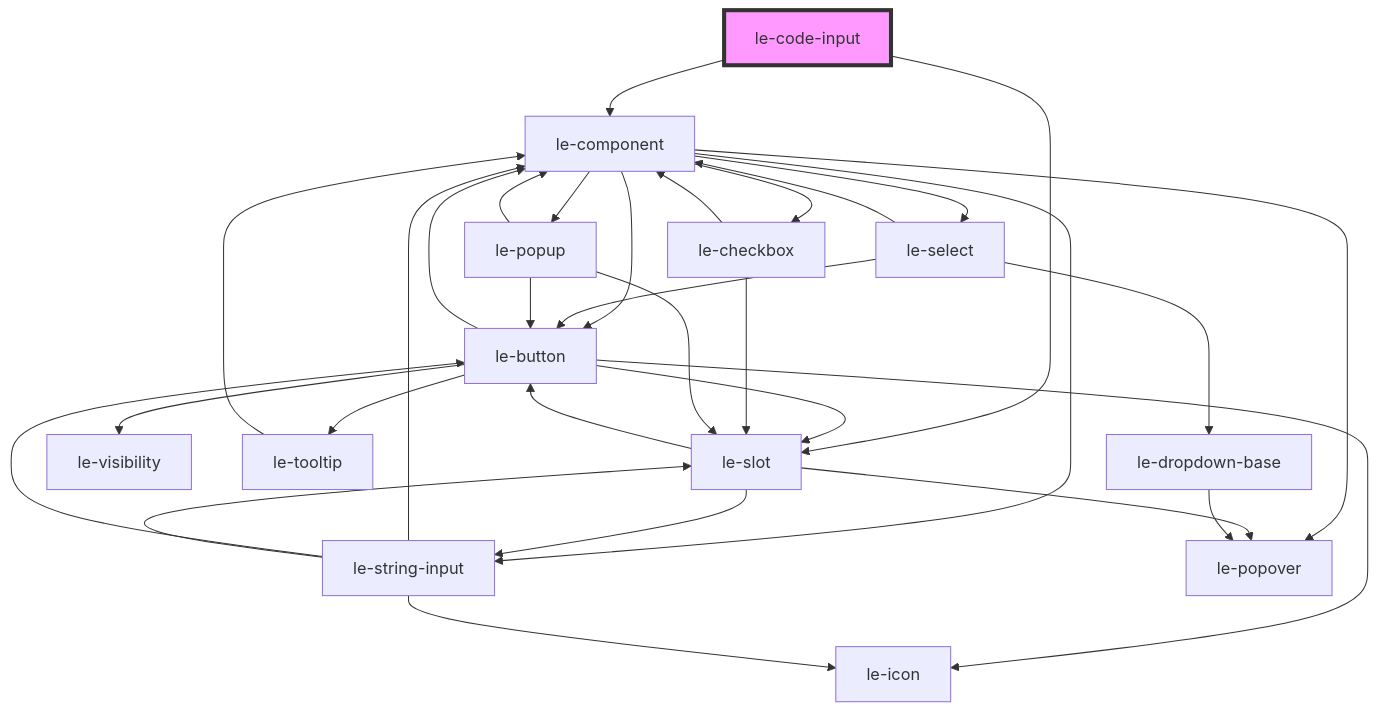
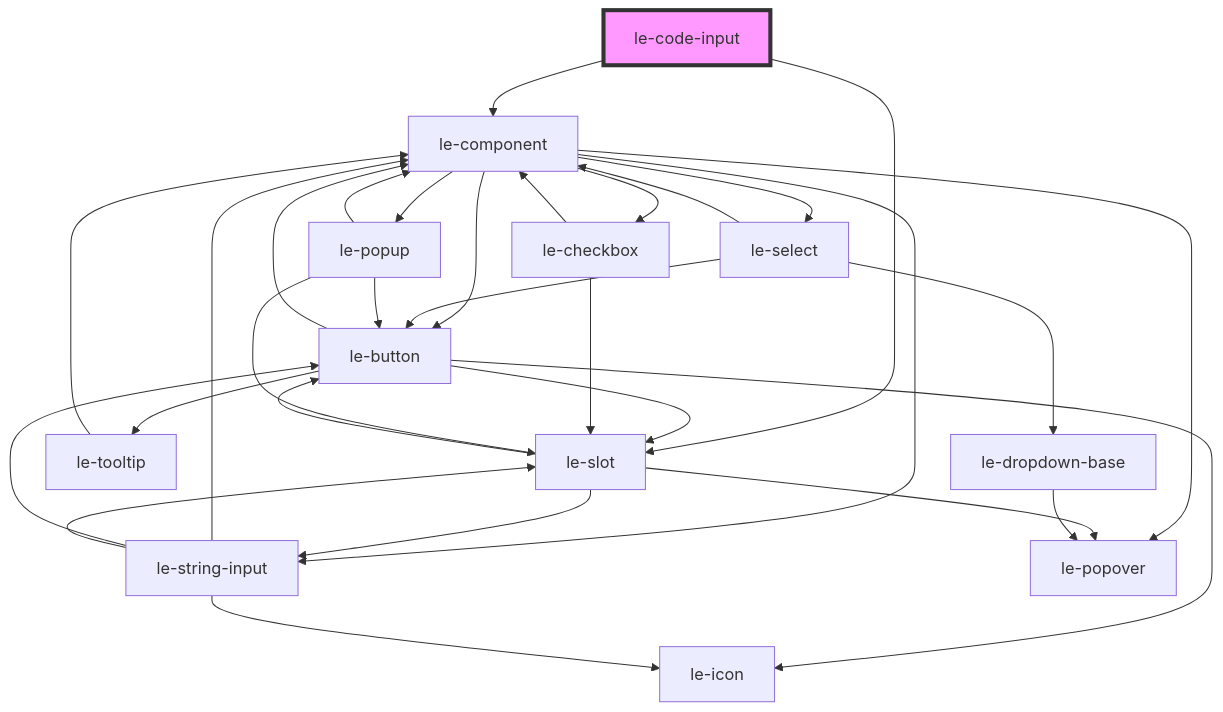
One commit to leechy/le-kit changed the diagram in packages/core/src/components/le-code-input/readme.md. Above: the diagram before and after it, drawn with Mermaid. The commit also changed 36 other files, not shown here.

Commit message:
Rebuild with <le-button> missing <le-visibility> (all the readme's are updated)

````diff
--- a/packages/core/src/components/le-code-input/readme.md
+++ b/packages/core/src/components/le-code-input/readme.md
@@ -54,34 +54,33 @@
 ```mermaid
 graph TD;
   le-code-input --> le-component
   le-code-input --> le-slot
   le-component --> le-button
   le-component --> le-select
   le-component --> le-checkbox
   le-component --> le-string-input
   le-component --> le-popover
   le-component --> le-popup
   le-button --> le-icon
   le-button --> le-slot
-  le-button --> le-visibility
   le-button --> le-component
   le-button --> le-tooltip
   le-slot --> le-popover
   le-slot --> le-button
   le-slot --> le-string-input
   le-string-input --> le-component
   le-string-input --> le-button
   le-string-input --> le-icon
   le-string-input --> le-slot
   le-tooltip --> le-component
   le-select --> le-component
   le-select --> le-dropdown-base
   le-select --> le-button
   le-dropdown-base --> le-popover
   le-checkbox --> le-component
   le-checkbox --> le-slot
   le-popup --> le-slot
   le-popup --> le-button
   le-popup --> le-component
   style le-code-input fill:#f9f,stroke:#333,stroke-width:4px
 ```
````
